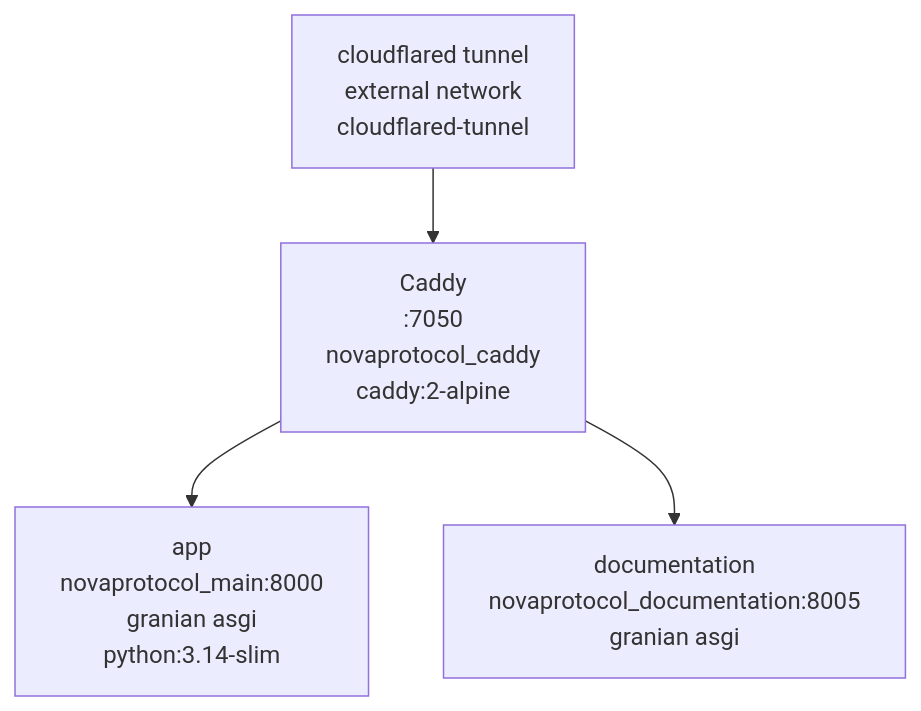
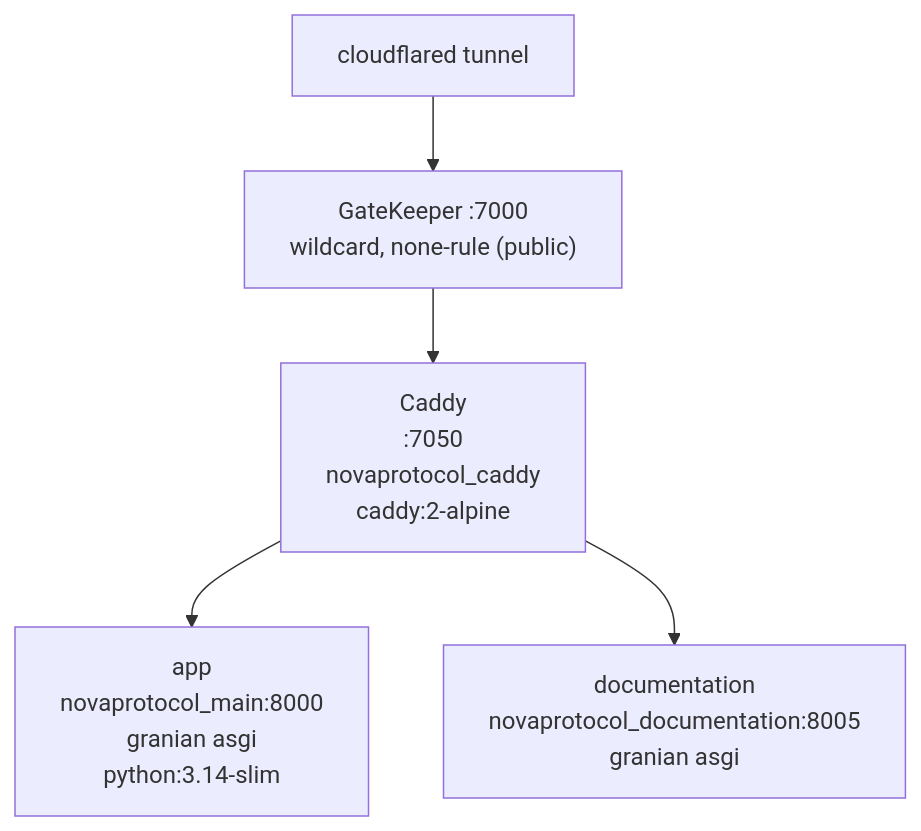
One commit to NovaProtocol/NovaProtocol changed the diagram in documentation/docs/architecture.md. Above: the diagram before and after it, drawn with Mermaid. The commit also changed other lines of this file and 2 other files, not shown here.

Commit message:
docs: correct gateway and network details

````diff
--- a/documentation/docs/architecture.md
+++ b/documentation/docs/architecture.md
@@ -130,6 +130,7 @@
 ```mermaid
 graph TB
- TUN["cloudflared tunnel<br/>external network<br/>cloudflared-tunnel"] --> CADDY
+ TUN["cloudflared tunnel"] --> GK["GateKeeper :7000<br/>wildcard, none-rule (public)"]
+ GK --> CADDY
  CADDY["Caddy<br/>:7050<br/>novaprotocol_caddy<br/>caddy:2-alpine"] --> APP["app<br/>novaprotocol_main:8000<br/>granian asgi<br/>python:3.14-slim"]
  CADDY --> DOCS["documentation<br/>novaprotocol_documentation:8005<br/>granian asgi"]
 ```
````
